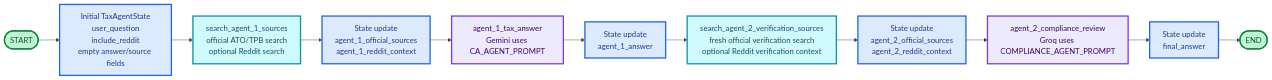
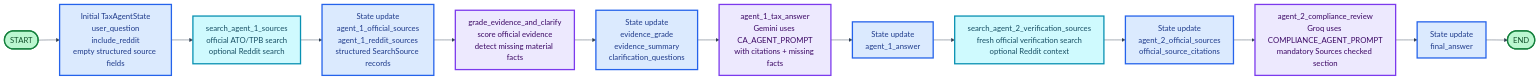
The fourth of 7 diagrams in ARCHITECTURE_DIAGRAMS.md (VishalgorakhnathShelke/Joga-Banito), drawn with Mermaid before and after one commit. The commit also changed other lines of this file and 5 other files, not shown here.

````diff
--- a/ARCHITECTURE_DIAGRAMS.md
+++ b/ARCHITECTURE_DIAGRAMS.md
@@ -179,31 +186,34 @@
 ```mermaid
 %%{init: {"theme": "base", "themeVariables": {"background": "#ffffff", "primaryTextColor": "#111827", "textColor": "#111827", "lineColor": "#334155", "edgeLabelBackground": "#ffffff", "fontFamily": "Arial", "fontSize": "18px"}}}%%
 flowchart LR
     start(["START"])
-    state0["Initial TaxAgentState<br/>user_question<br/>include_reddit<br/>empty answer/source fields"]
+    state0["Initial TaxAgentState<br/>user_question<br/>include_reddit<br/>empty structured source fields"]
 
     node1["search_agent_1_sources<br/>official ATO/TPB search<br/>optional Reddit search"]
-    state1["State update<br/>agent_1_official_sources<br/>agent_1_reddit_context"]
+    state1["State update<br/>agent_1_official_sources<br/>agent_1_reddit_sources<br/>structured SearchSource records"]
 
-    node2["agent_1_tax_answer<br/>Gemini uses CA_AGENT_PROMPT"]
-    state2["State update<br/>agent_1_answer"]
+    node2["grade_evidence_and_clarify<br/>score official evidence<br/>detect missing material facts"]
+    state2["State update<br/>evidence_grade<br/>evidence_summary<br/>clarification_questions"]
 
-    node3["search_agent_2_verification_sources<br/>fresh official verification search<br/>optional Reddit verification context"]
-    state3["State update<br/>agent_2_official_sources<br/>agent_2_reddit_context"]
+    node3["agent_1_tax_answer<br/>Gemini uses CA_AGENT_PROMPT<br/>with citations + missing facts"]
+    state3["State update<br/>agent_1_answer"]
 
-    node4["agent_2_compliance_review<br/>Groq uses COMPLIANCE_AGENT_PROMPT"]
-    state4["State update<br/>final_answer"]
+    node4["search_agent_2_verification_sources<br/>fresh official verification search<br/>optional Reddit context"]
+    state4["State update<br/>agent_2_official_sources<br/>official_source_citations"]
+
+    node5["agent_2_compliance_review<br/>Groq uses COMPLIANCE_AGENT_PROMPT<br/>mandatory Sources checked section"]
+    state5["State update<br/>final_answer"]
     endNode(["END"])
 
-    start --> state0 --> node1 --> state1 --> node2 --> state2 --> node3 --> state3 --> node4 --> state4 --> endNode
+    start --> state0 --> node1 --> state1 --> node2 --> state2 --> node3 --> state3 --> node4 --> state4 --> node5 --> state5 --> endNode
 
     classDef startEnd fill:#bbf7d0,stroke:#15803d,color:#14532d,stroke-width:3px
     classDef state fill:#dbeafe,stroke:#2563eb,color:#1e3a8a,stroke-width:3px
     classDef search fill:#cffafe,stroke:#0891b2,color:#164e63,stroke-width:3px
     classDef agent fill:#ede9fe,stroke:#7c3aed,color:#3b0764,stroke-width:3px
 
     class start,endNode startEnd
-    class state0,state1,state2,state3,state4 state
-    class node1,node3 search
-    class node2,node4 agent
+    class state0,state1,state2,state3,state4,state5 state
+    class node1,node4 search
+    class node2,node3,node5 agent
 ```
````
